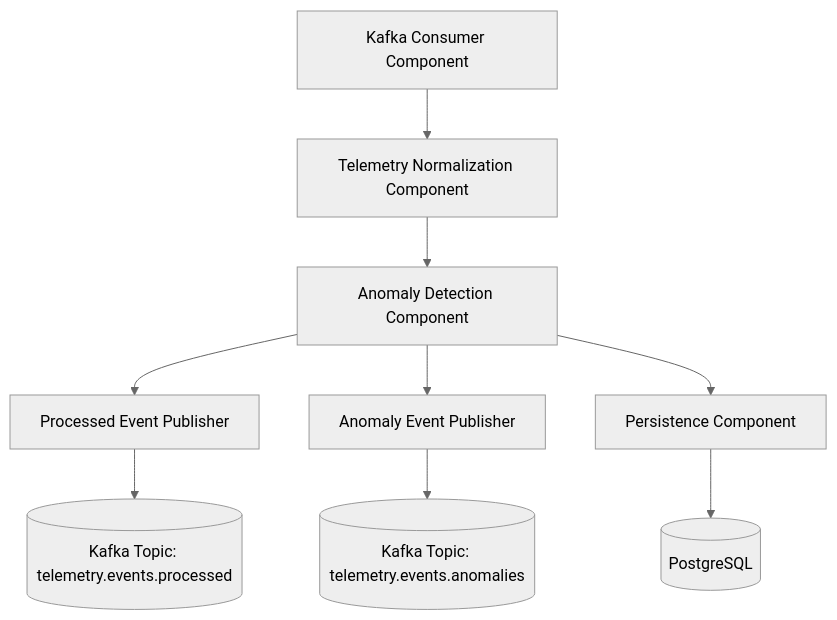
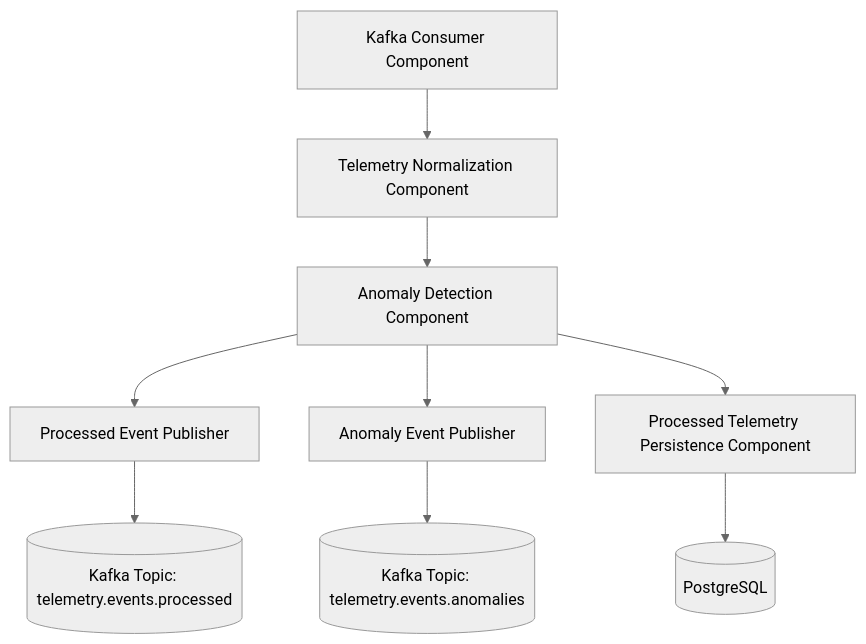
Before and after one commit to ME-Massine/pulsestream: the fourth of 4 diagrams in docs/architecture/c4-model.md, drawn with Mermaid (neutral theme). The commit also changed other lines of this file and 15 other files, not shown here.

````diff
--- a/docs/architecture/c4-model.md
+++ b/docs/architecture/c4-model.md
@@ -151,12 +151,12 @@
 ```mermaid
 flowchart TB
     A[Kafka Consumer Component] --> B[Telemetry Normalization Component]
     B --> C[Anomaly Detection Component]
     C --> D[Processed Event Publisher]
     C --> E[Anomaly Event Publisher]
-    C --> F[Persistence Component]
+    C --> F[Processed Telemetry Persistence Component]
 
     D --> G[(Kafka Topic: telemetry.events.processed)]
     E --> H[(Kafka Topic: telemetry.events.anomalies)]
     F --> I[(PostgreSQL)]
 ```
````
